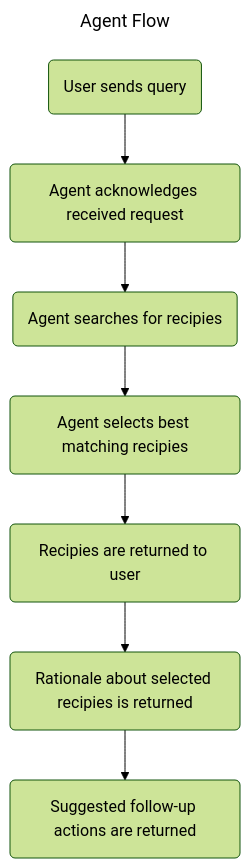
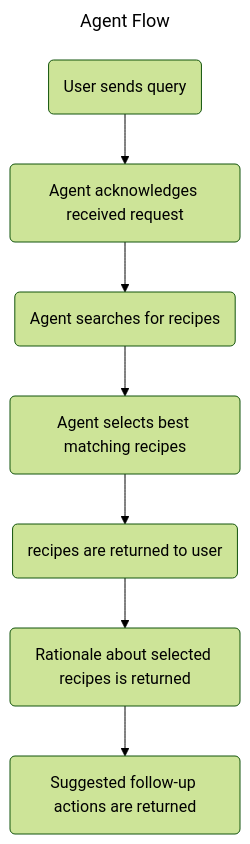
The second of 2 diagrams in content/posts/055_ai-streaming/index.md (wkrzywiec/wkrzywiec.github.io), drawn with Mermaid (forest theme) before and after one commit. The commit also changed other lines of this file, not shown here.

```diff
--- a/content/posts/055_ai-streaming/index.md
+++ b/content/posts/055_ai-streaming/index.md
@@ -327,12 +327,12 @@
 {{< mermaid >}}
 ---
 title: Agent Flow
 ---
 flowchart TB
     id1(User sends query) --> id2(Agent acknowledges received request)
-    id2(Agent acknowledges received request) --> id3(Agent searches for recipies)
-    id3(Agent searches for recipies) --> id4(Agent selects best matching recipies)
-    id4(Agent selects best matching recipies) --> id5(Recipies are returned to user)
-    id5(Recipies are returned to user) --> id6(Rationale about selected recipies is returned)
-    id6(Rationale about selected recipies is returned) --> id7(Suggested follow-up actions are returned)
+    id2(Agent acknowledges received request) --> id3(Agent searches for recipes)
+    id3(Agent searches for recipes) --> id4(Agent selects best matching recipes)
+    id4(Agent selects best matching recipes) --> id5(recipes are returned to user)
+    id5(recipes are returned to user) --> id6(Rationale about selected recipes is returned)
+    id6(Rationale about selected recipes is returned) --> id7(Suggested follow-up actions are returned)
 {{< /mermaid >}}
```
